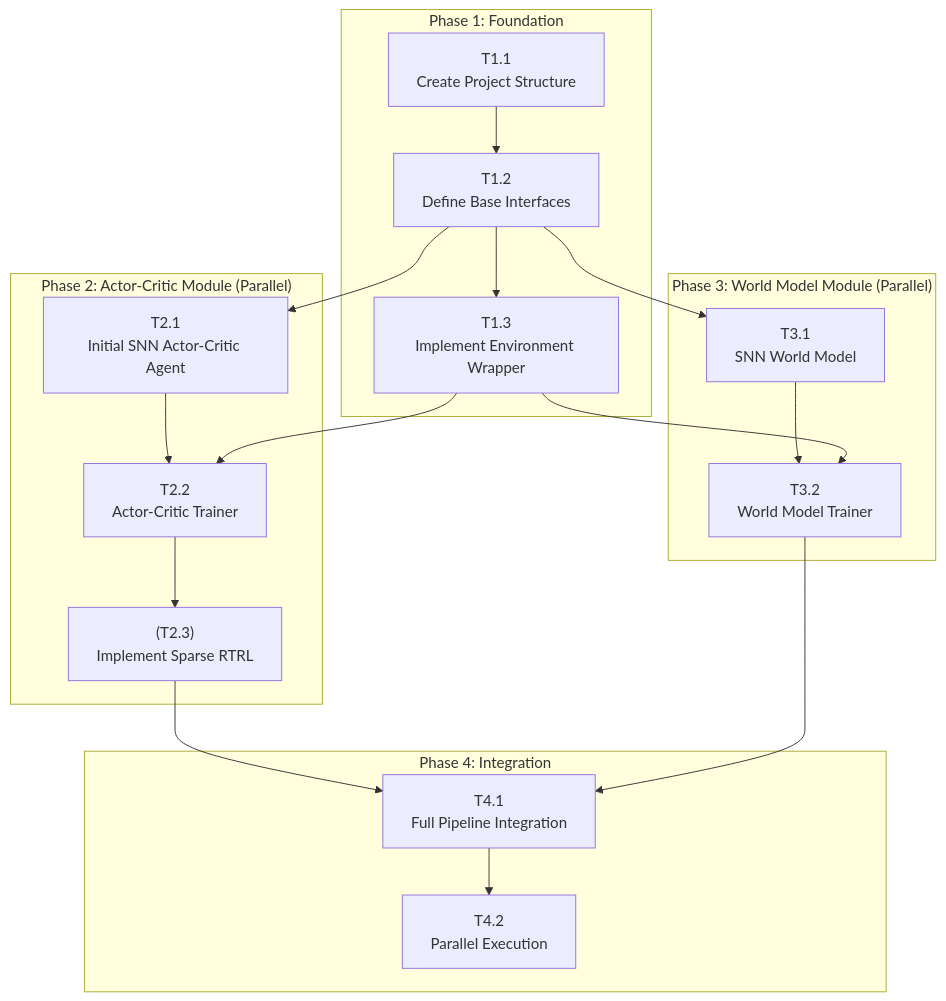
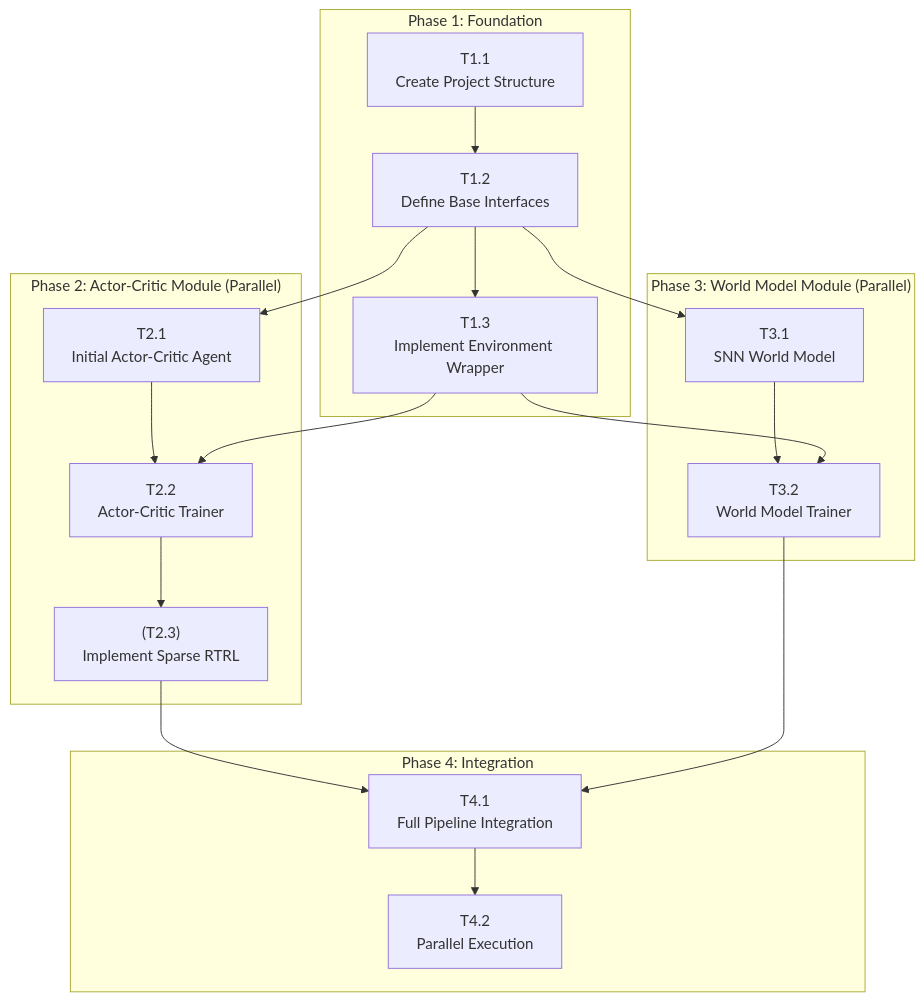
Before and after one commit to Alex-Vasilache/NMBRL: the second of 2 diagrams in README.md, drawn with Mermaid. The commit also changed other lines of this file and 1 other file, not shown here.

````diff
--- a/README.md
+++ b/README.md
@@ -127,38 +132,38 @@
 ```mermaid
 graph TD;
     subgraph "Phase 1: Foundation"
         T1_1["T1.1<br/>Create Project Structure"];
         T1_2["T1.2<br/>Define Base Interfaces"];
         T1_3["T1.3<br/>Implement Environment Wrapper"];
         T1_1 --> T1_2 --> T1_3;
     end
 
     subgraph "Phase 2: Actor-Critic Module (Parallel)"
-        T2_1["T2.1<br/>Initial SNN Actor-Critic Agent"];
+        T2_1["T2.1<br/>Initial Actor-Critic Agent"];
         T2_2["T2.2<br/>Actor-Critic Trainer"];
         T2_3["(T2.3)<br/>Implement Sparse RTRL"];
         T2_1 --> T2_2;
         T2_2 --> T2_3;
     end
     
     subgraph "Phase 3: World Model Module (Parallel)"
         T3_1["T3.1<br/>SNN World Model"];
         T3_2["T3.2<br/>World Model Trainer"];
         T3_1 --> T3_2;
     end
     
     subgraph "Phase 4: Integration"
         T4_1["T4.1<br/>Full Pipeline Integration"];
         T4_2["T4.2<br/>Parallel Execution"];
         T4_1 --> T4_2;
     end
 
     T1_3 --> T2_2;
     T1_2 --> T2_1;
     
     T1_2 --> T3_1;
     T1_3 --> T3_2;
     
     T2_3 --> T4_1;
     T3_2 --> T4_1;
 ```
````
